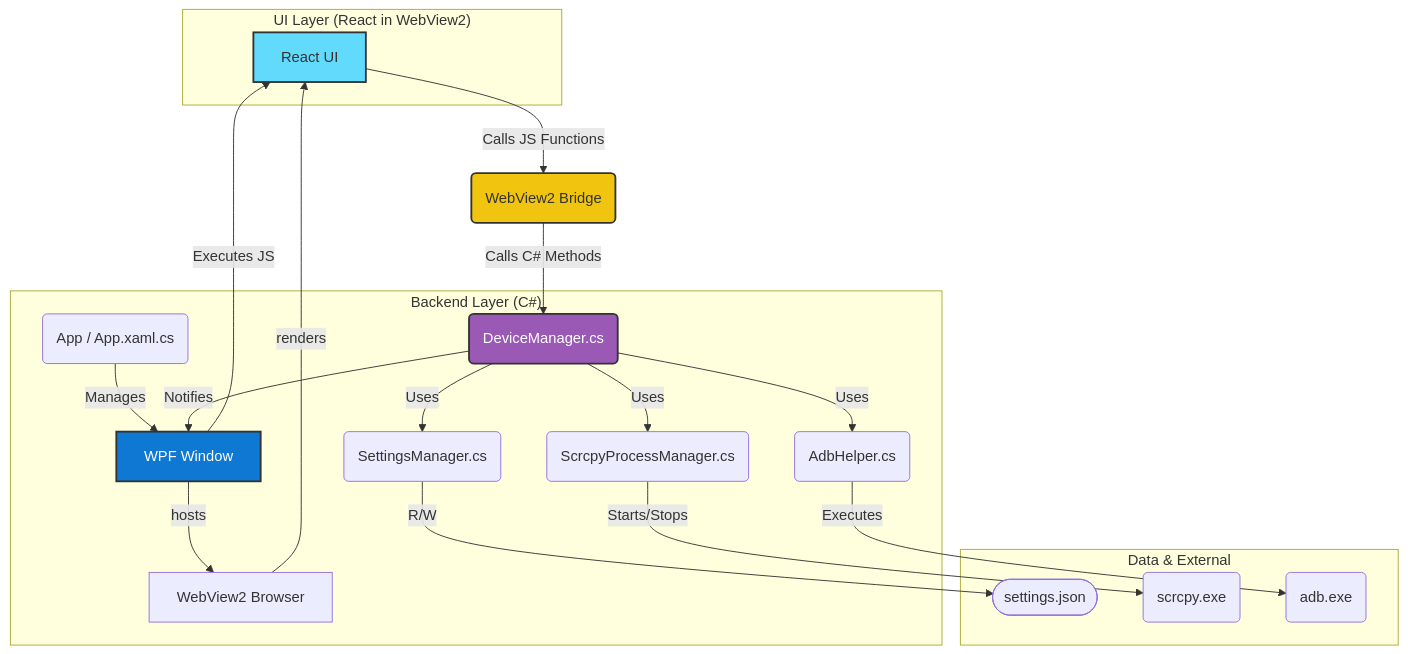
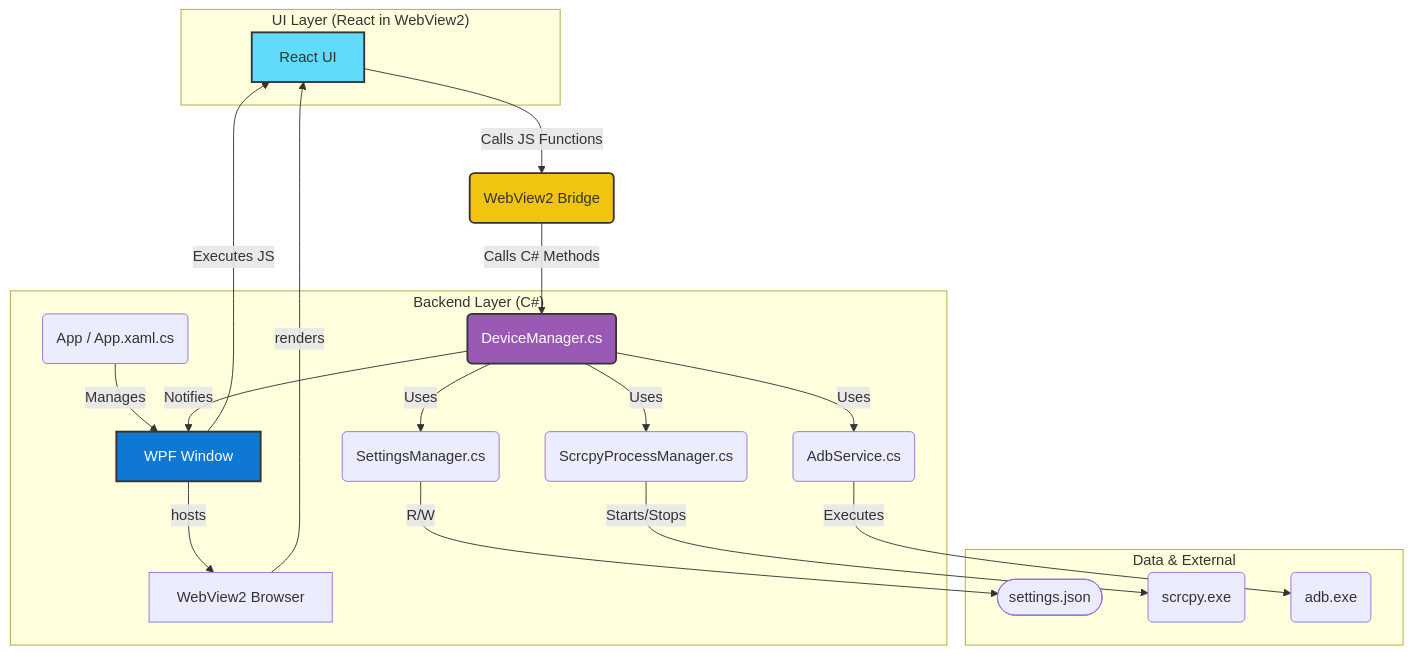
Before and after one commit to Nekolite-Studio/NL-ScrcpyTray: the diagram in markdown/docs/architecture.md, drawn with Mermaid. The commit also changed other lines of this file and 13 other files, not shown here.

````diff
--- a/markdown/docs/architecture.md
+++ b/markdown/docs/architecture.md
@@ -17,48 +17,48 @@
 ```mermaid
 graph TD
     subgraph "UI Layer (React in WebView2)"
         ReactApp[React UI]
     end
 
     subgraph "Backend Layer (C#)"
         WpfWindow[WPF Window]
         WebView2[WebView2 Browser]
         AppCore(App / App.xaml.cs)
         DeviceManager(DeviceManager.cs)
         ScrcpyProcessManager(ScrcpyProcessManager.cs)
         SettingsManager(SettingsManager.cs)
-        AdbHelper(AdbHelper.cs)
+        AdbService(AdbService.cs)
     end
 
     subgraph "Data & External"
         ConfigFile([settings.json])
         ScrcpyProcess(scrcpy.exe)
         AdbProcess(adb.exe)
     end
     
     %% Interactions
     WpfWindow -- hosts --> WebView2
     WebView2 -- renders --> ReactApp
     
     AppCore -- Manages --> WpfWindow
     
     ReactApp -- Calls JS Functions --> WebView2Bridge(WebView2 Bridge)
     WebView2Bridge -- Calls C# Methods --> DeviceManager
     
     DeviceManager -- Notifies --> WpfWindow
     WpfWindow -- Executes JS --> ReactApp
 
     DeviceManager -- Uses --> SettingsManager
-    DeviceManager -- Uses --> AdbHelper
+    DeviceManager -- Uses --> AdbService
     DeviceManager -- Uses --> ScrcpyProcessManager
     
     SettingsManager -- R/W --> ConfigFile
     ScrcpyProcessManager -- Starts/Stops --> ScrcpyProcess
-    AdbHelper -- Executes --> AdbProcess
+    AdbService -- Executes --> AdbProcess
 
     %% Styling
     style ReactApp fill:#61DAFB,stroke:#333,stroke-width:2px
     style WpfWindow fill:#0E78D3,stroke:#333,stroke-width:2px,color:#fff
     style DeviceManager fill:#9b59b6,stroke:#333,stroke-width:2px,color:#fff
     style WebView2Bridge fill:#f1c40f,stroke:#333,stroke-width:2px
 ```
````
